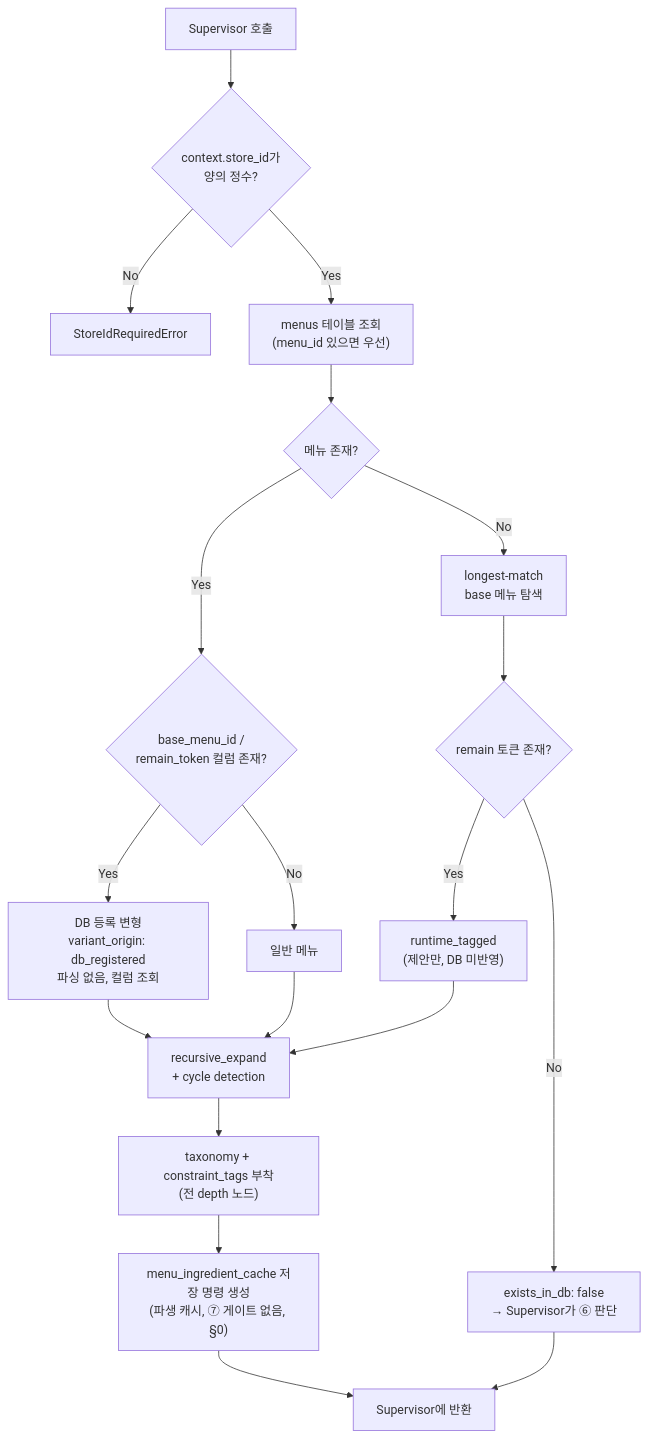
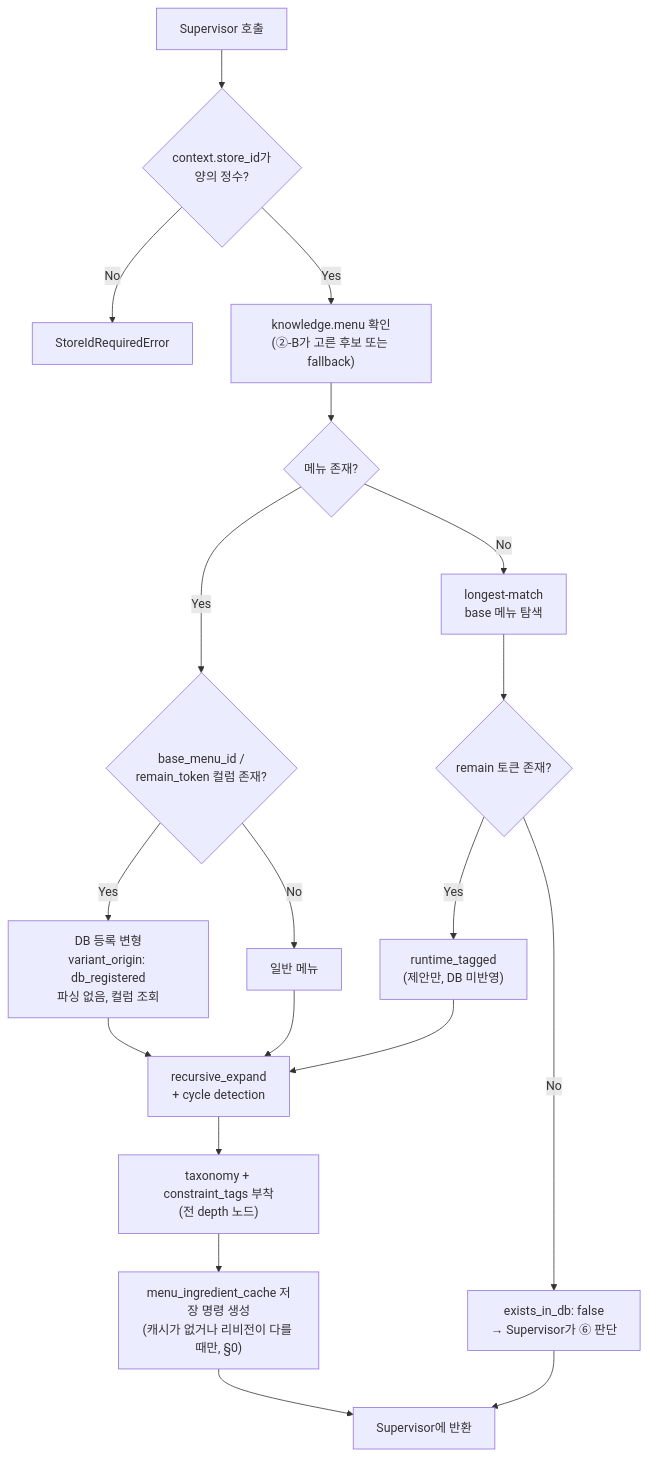
One commit to Han-Spoon/ai changed the second of 3 diagrams in docs/4-tool-DBontology.md. Above: the diagram before and after it, drawn with Mermaid. The commit also changed other lines of this file and 1 other file, not shown here.

First line of the commit message:
docs: switch agents 4, 5 to knowledge bundle input

````diff
--- a/docs/4-tool-DBontology.md
+++ b/docs/4-tool-DBontology.md
@@ -226,25 +259,25 @@
 ```mermaid
 flowchart TD
     S[Supervisor 호출] --> V{"context.store_id가<br/>양의 정수?"}
     V -->|No| ERR[StoreIdRequiredError]
-    V -->|Yes| Q["menus 테이블 조회<br/>(menu_id 있으면 우선)"]
+    V -->|Yes| Q["knowledge.menu 확인<br/>(②-B가 고른 후보 또는 fallback)"]
 
     Q --> E{메뉴 존재?}
     E -->|Yes| VC{"base_menu_id /<br/>remain_token 컬럼 존재?"}
     E -->|No| LM["longest-match<br/>base 메뉴 탐색"]
 
     VC -->|Yes| DBV["DB 등록 변형<br/>variant_origin: db_registered<br/>파싱 없음, 컬럼 조회"]
     VC -->|No| PLAIN["일반 메뉴"]
 
     LM --> RM{remain 토큰 존재?}
     RM -->|Yes| RTV["runtime_tagged<br/>(제안만, DB 미반영)"]
     RM -->|No| NF["exists_in_db: false<br/>→ Supervisor가 ⑥ 판단"]
 
     DBV --> R["recursive_expand<br/>+ cycle detection"]
     PLAIN --> R
     RTV --> R
     R --> TAG["taxonomy + constraint_tags 부착<br/>(전 depth 노드)"]
-    TAG --> CACHE["menu_ingredient_cache 저장 명령 생성<br/>(파생 캐시, ⑦ 게이트 없음, §0)"]
+    TAG --> CACHE["menu_ingredient_cache 저장 명령 생성<br/>(캐시가 없거나 리비전이 다를 때만, §0)"]
     CACHE --> OUT[Supervisor에 반환]
     NF --> OUT
 ```
````
